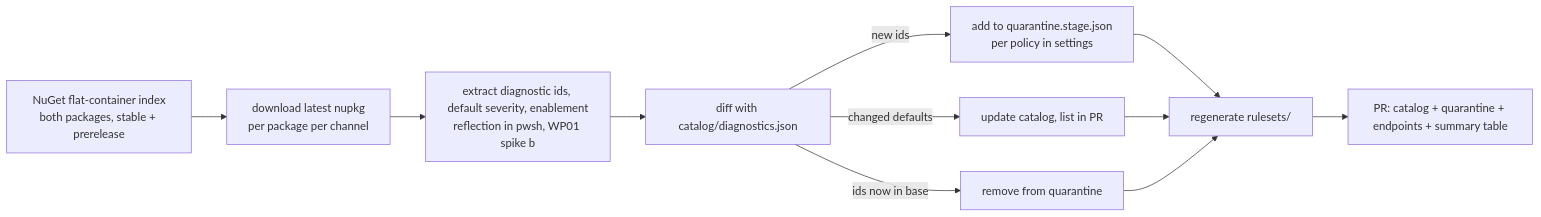
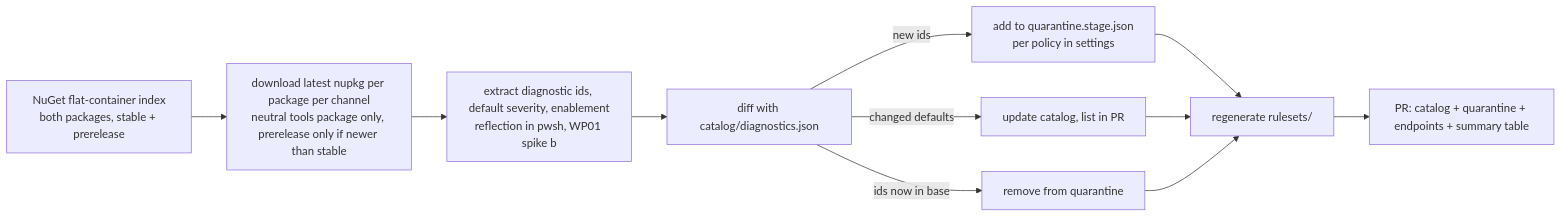
One commit to ALCops/rulebook-engine changed the fourth of 5 diagrams in docs/ARCHITECTURE.md. Above: the diagram before and after it, drawn with Mermaid. The commit also changed other lines of this file and 2 other files, not shown here.

Commit message:
Spike (b): apply review findings (resolve handler in excerpt, process per channel, TFM guard, probe sources, help-link evidence)

````diff
--- a/docs/ARCHITECTURE.md
+++ b/docs/ARCHITECTURE.md
@@ -281,11 +281,11 @@
 ```mermaid
 flowchart LR
-    idx[NuGet flat-container index<br/>both packages, stable + prerelease] --> dl[download latest nupkg<br/>per package per channel]
+    idx[NuGet flat-container index<br/>both packages, stable + prerelease] --> dl[download latest nupkg per package per channel<br/>neutral tools package only, prerelease only if newer than stable]
     dl --> ex[extract diagnostic ids, default severity, enablement<br/>reflection in pwsh, WP01 spike b]
     ex --> diff[diff with catalog/diagnostics.json]
     diff -->|new ids| q[add to quarantine.stage.json<br/>per policy in settings]
     diff -->|changed defaults| dd[update catalog, list in PR]
     diff -->|ids now in base| hk[remove from quarantine]
     q & dd & hk --> gen[regenerate rulesets/]
     gen --> pr[PR: catalog + quarantine + endpoints + summary table]
 ```
````
